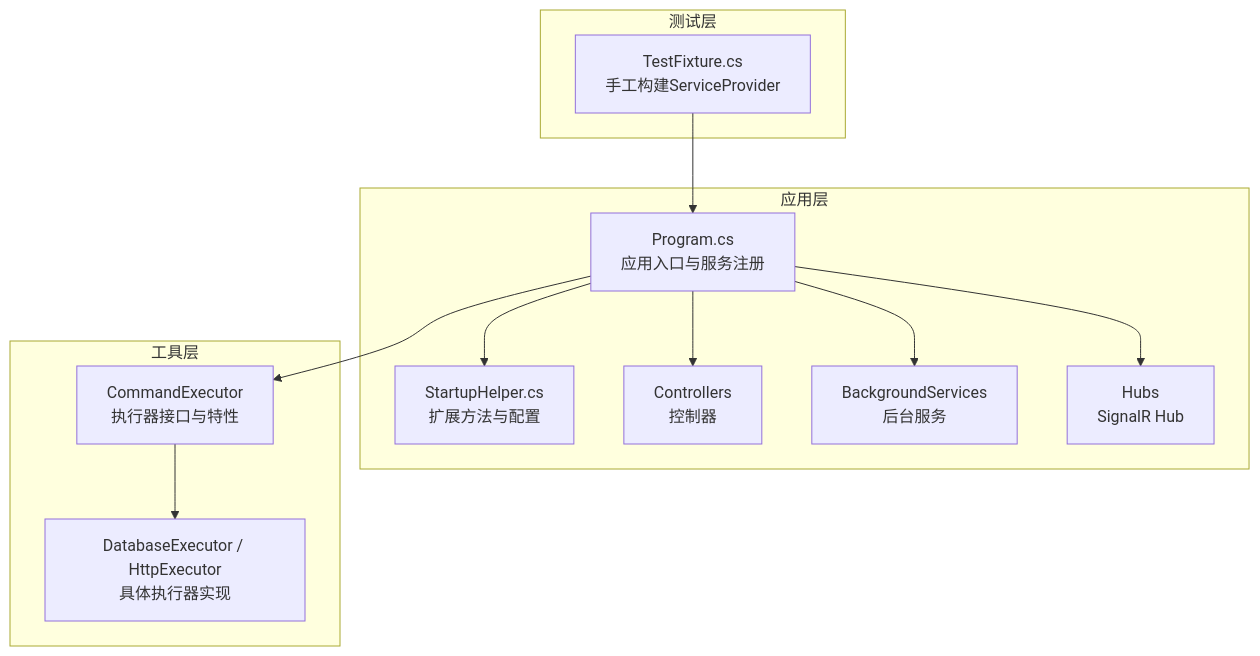
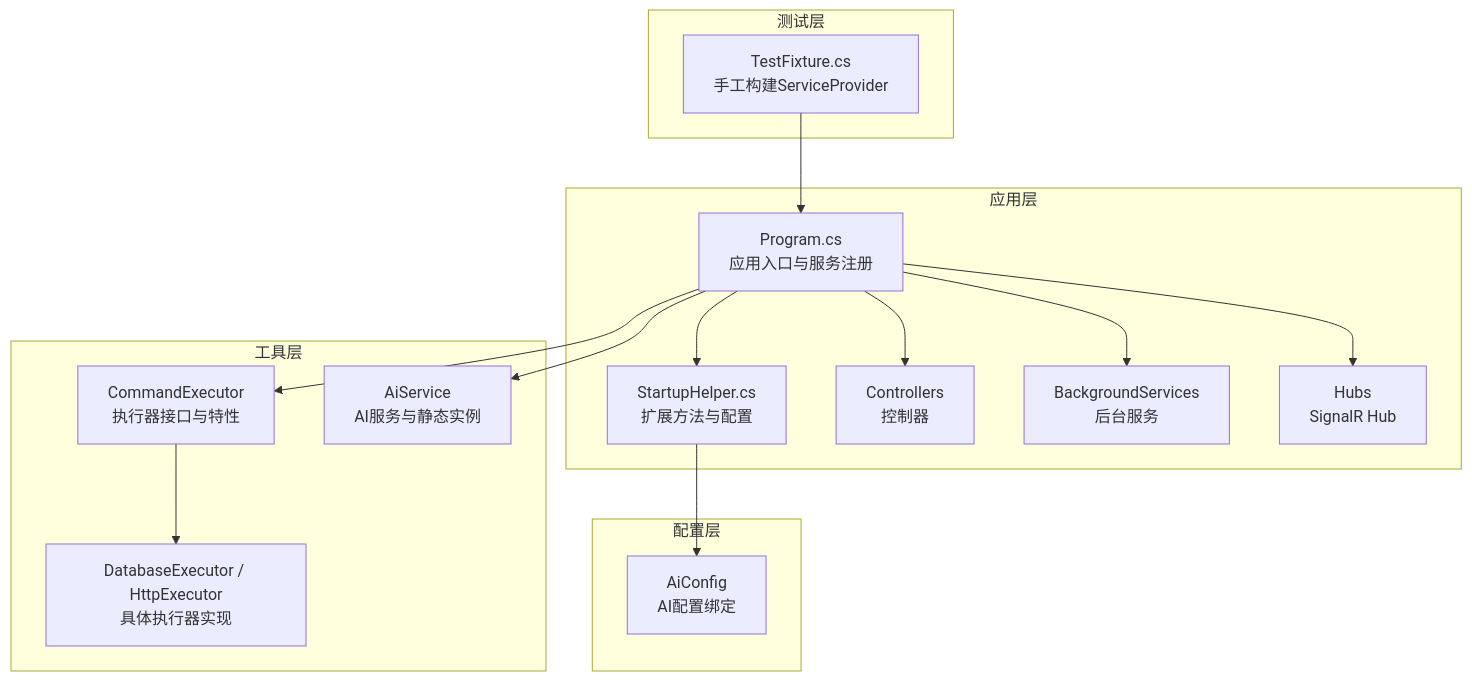
Before and after one commit to Sosososolong/AirGo: the first of 5 diagrams in .qoder/repowiki/zh/content/核心架构设计/依赖注入容器.md, drawn with Mermaid. The commit also changed other lines of this file and 12 other files, not shown here.

````diff
--- a/.qoder/repowiki/zh/content/核心架构设计/依赖注入容器.md
+++ b/.qoder/repowiki/zh/content/核心架构设计/依赖注入容器.md
@@ -39,24 +52,30 @@
 ```mermaid
 graph TB
 subgraph "应用层"
 Program["Program.cs<br/>应用入口与服务注册"]
 StartupHelper["StartupHelper.cs<br/>扩展方法与配置"]
 Controllers["Controllers<br/>控制器"]
 Background["BackgroundServices<br/>后台服务"]
 Hubs["Hubs<br/>SignalR Hub"]
 end
 subgraph "工具层"
 CmdExec["CommandExecutor<br/>执行器接口与特性"]
 Executors["DatabaseExecutor / HttpExecutor<br/>具体执行器实现"]
+AiService["AiService<br/>AI服务与静态实例"]
+end
+subgraph "配置层"
+AiConfig["AiConfig<br/>AI配置绑定"]
 end
 subgraph "测试层"
 TestFixture["TestFixture.cs<br/>手工构建ServiceProvider"]
 end
 Program --> StartupHelper
 Program --> Controllers
 Program --> Background
 Program --> Hubs
 Program --> CmdExec
+Program --> AiService
+StartupHelper --> AiConfig
 CmdExec --> Executors
 TestFixture --> Program
 ```
````
